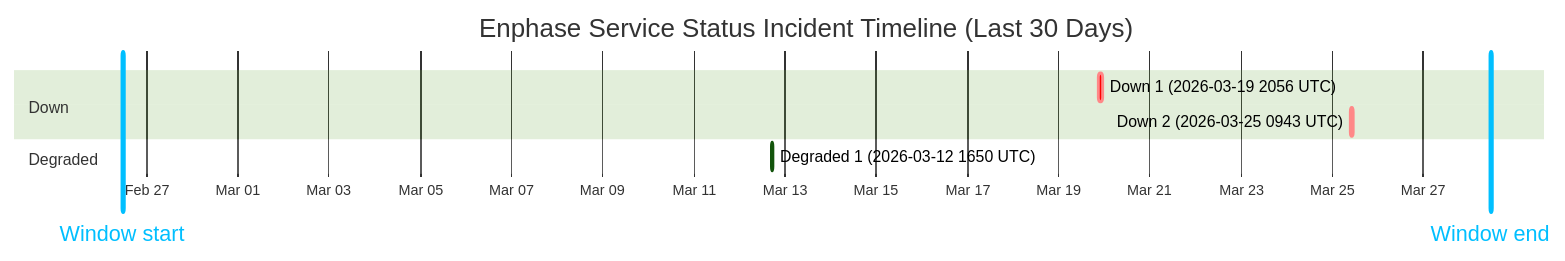
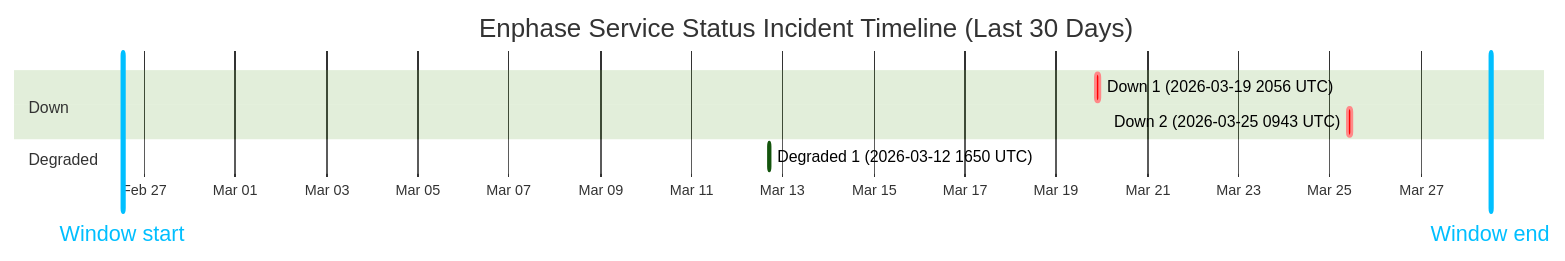
One commit to barneyonline/ha-enphase-ev-charger changed the diagram in wiki/Service-Status-History.md. Above: the diagram before and after it, drawn with Mermaid (forest theme). The commit also changed other lines of this file and 3 other files, not shown here.

````diff
--- a/wiki/Service-Status-History.md
+++ b/wiki/Service-Status-History.md
@@ -14,13 +14,13 @@
 ```mermaid
 gantt
     title Enphase Service Status Incident Timeline (Last 30 Days)
     dateFormat  YYYY-MM-DDTHH:mm:ss
     axisFormat  %b %d
-    Window start :vert, window-start, 2026-02-26T11:20:44, 0ms
-    Window end :vert, window-end, 2026-03-28T11:20:44, 0ms
+    Window start :vert, window-start, 2026-02-26T12:33:48, 0ms
+    Window end :vert, window-end, 2026-03-28T12:33:48, 0ms
     section Down
     Down 1 (2026-03-19 2056 UTC) :crit, down-1, 2026-03-19T20:56:20, 145m
     Down 2 (2026-03-25 0943 UTC) :crit, down-2, 2026-03-25T09:43:28, 111m
     section Degraded
     Degraded 1 (2026-03-12 1650 UTC) :active, degraded-1, 2026-03-12T16:50:43, 60m
 ```
````
